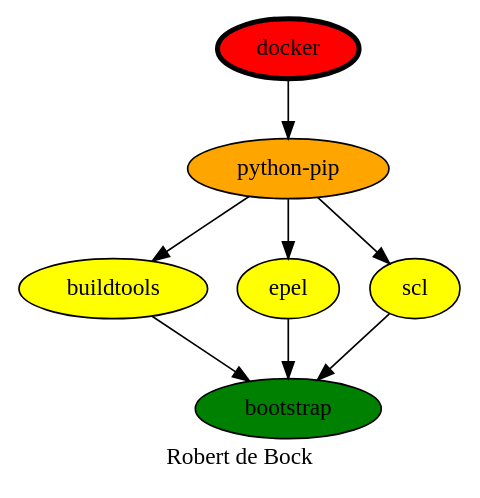
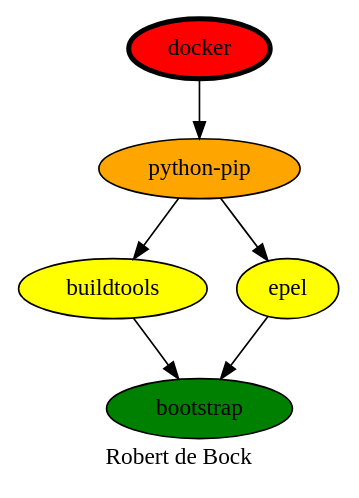
The diagram in docker.dot (robertdebock/drawings), drawn with Graphviz before and after one commit. The commit also changed 6 other files, not shown here.

```diff
--- a/docker.dot
+++ b/docker.dot
@@ -1,15 +1,14 @@
 digraph PhiloDilemma {
   label = "Robert de Bock" ;
   overlap=false
   {
     bootstrap [fillcolor=green style=filled]
     buildtools [fillcolor=yellow style=filled]
     epel [fillcolor=yellow style=filled]
-    scl [fillcolor=yellow style=filled]
     "python-pip" [fillcolor=orange style=filled]
     docker [fillcolor=red style=filled penwidth=3]
   }
   docker -> "python-pip"
-  "python-pip" -> {buildtools epel scl}
-  {buildtools epel scl} -> bootstrap
+  "python-pip" -> {buildtools epel}
+  {buildtools epel} -> bootstrap
 }
```
